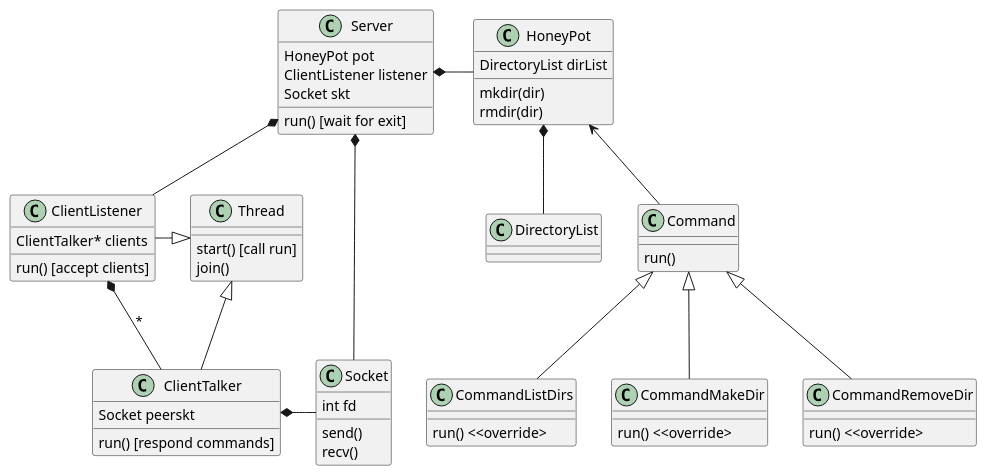
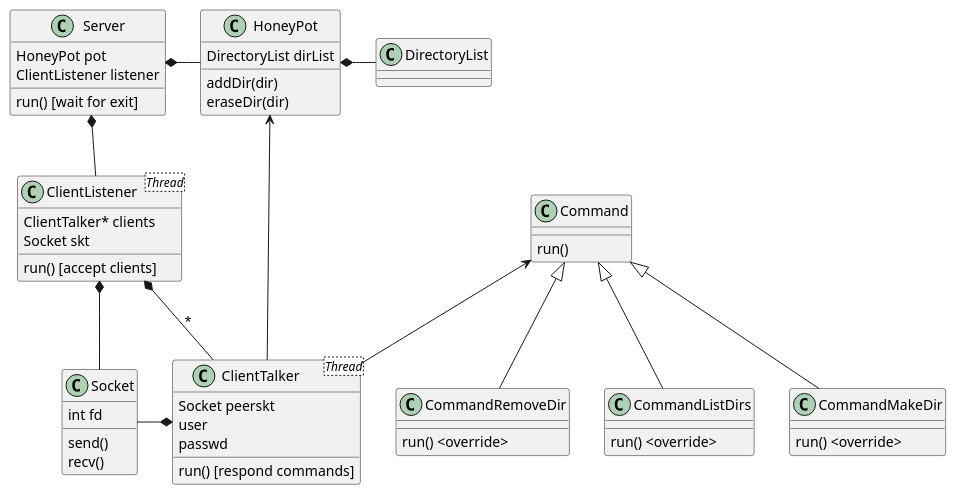
One commit to FdelMazo/7542-Taller1 changed the diagram in TP3/diagrams/server.puml. Above: the diagram before and after it, drawn with PlantUML. The commit also changed 33 other files, not shown here.

```diff
--- a/TP3/diagrams/server.puml
+++ b/TP3/diagrams/server.puml
@@ -1,63 +1,59 @@
 @startuml
 class Server {
     run() [wait for exit]
     HoneyPot pot
     ClientListener listener
-    Socket skt
 }
 
 class Socket {
     int fd
     send()
     recv()
 }
 
-class ClientListener {
+class ClientListener <Thread> {
     run() [accept clients]
     ClientTalker* clients
+    Socket skt
 }
 
-class ClientTalker {
+class ClientTalker <Thread> {
     run() [respond commands]
     Socket peerskt
+    user
+    passwd
 }
 
-class Thread {
-    start() [call run]
-    join()
+class HoneyPot {
+    DirectoryList dirList
+    addDir(dir)
+    eraseDir(dir)
 }
 
-Thread <|-- ClientTalker
-Thread <|-left- ClientListener
-class HoneyPot {
-    DirectoryList dirList
-    mkdir(dir)
-    rmdir(dir)
-}
 class DirectoryList
-
 class Command {
     run()
 }
 class CommandListDirs {
-    run() <<override>
+    run() <override>
 }
 class CommandMakeDir {
-    run() <<override>
+    run() <override>
 }
 class CommandRemoveDir {
-    run() <<override>
+    run() <override>
 }
 
 Command <|-- CommandListDirs
 Command <|-- CommandMakeDir
 Command <|-- CommandRemoveDir
 
-HoneyPot <-- Command
 Server *-right- HoneyPot
-Server *-- Socket
-ClientTalker *-right- Socket
+ClientListener *-- Socket
+ClientTalker *-left- Socket
+HoneyPot <-- ClientTalker
+Command <-- ClientTalker
 Server *-- ClientListener
 ClientListener *-- ClientTalker : *
-HoneyPot *-- DirectoryList
+HoneyPot *-right- DirectoryList
 @enduml
```
